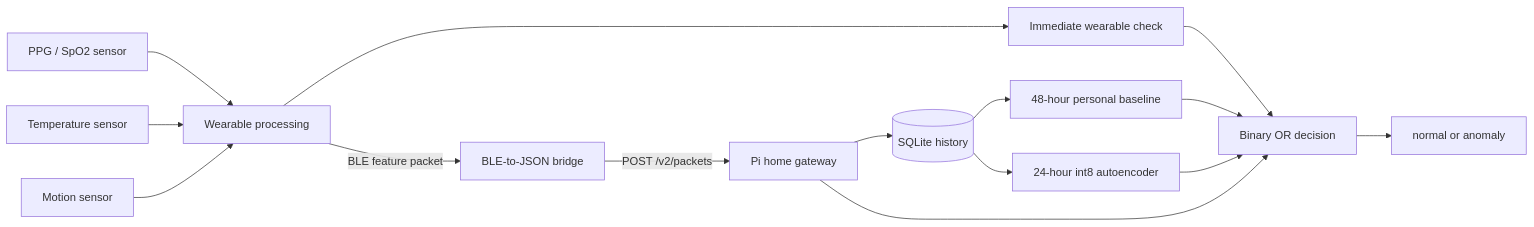
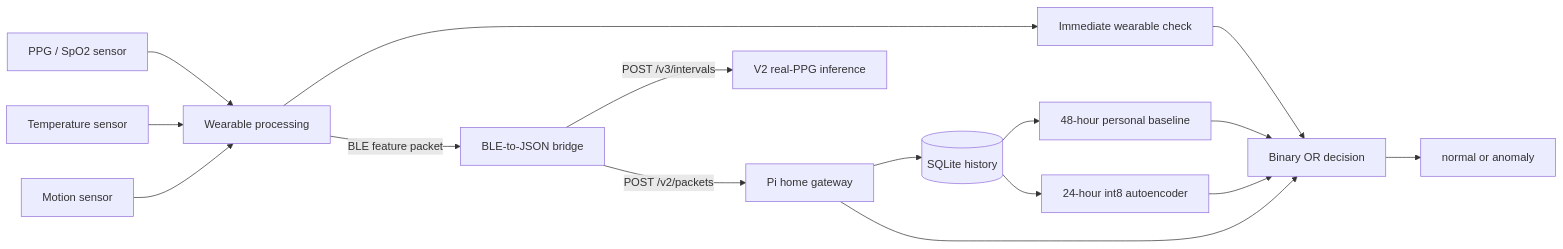
Before and after one commit to Sammybams/home-health-monitor: the first of 2 diagrams in docs/end-to-end.md, drawn with Mermaid. The commit also changed other lines of this file and 7 other files, not shown here.

````diff
--- a/docs/end-to-end.md
+++ b/docs/end-to-end.md
@@ -13,17 +13,18 @@
 ```mermaid
 flowchart LR
     A[PPG / SpO2 sensor] --> W[Wearable processing]
     B[Temperature sensor] --> W
     C[Motion sensor] --> W
     W --> I[Immediate wearable check]
     W -->|BLE feature packet| R[BLE-to-JSON bridge]
     R -->|POST /v2/packets| G[Pi home gateway]
+    R -->|POST /v3/intervals| V[V2 real-PPG inference]
     G --> S[(SQLite history)]
     S --> P[48-hour personal baseline]
     S --> M[24-hour int8 autoencoder]
     I --> D[Binary OR decision]
     P --> D
     M --> D
     G --> D
     D --> O[normal or anomaly]
 ```
````
